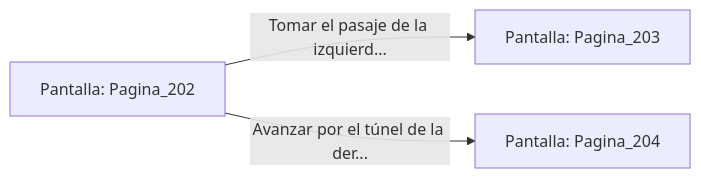
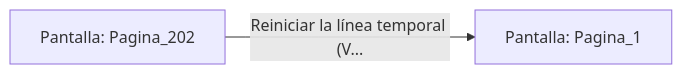
The diagram in sample/eligejuego-vault/Pantalla_Pagina_202.md (metsuke/mpl), drawn with Mermaid before and after one commit. The commit also changed other lines of this file and 635 other files, not shown here.

First line of the commit message:
fix: añadir Pagina_1 como pantalla inicial en capitulo_01.mpl

````diff
--- a/sample/eligejuego-vault/Pantalla_Pagina_202.md
+++ b/sample/eligejuego-vault/Pantalla_Pagina_202.md
@@ -20,6 +17,5 @@
 ```mermaid
 graph LR
     P_Pagina_202["Pantalla: Pagina_202"]
-    P_Pagina_202 -->|"Tomar el pasaje de la izquierd..."| P_Pagina_203["Pantalla: Pagina_203"]
-    P_Pagina_202 -->|"Avanzar por el túnel de la der..."| P_Pagina_204["Pantalla: Pagina_204"]
+    P_Pagina_202 -->|"Reiniciar la línea temporal (V..."| P_Pagina_1["Pantalla: Pagina_1"]
 ```
````
